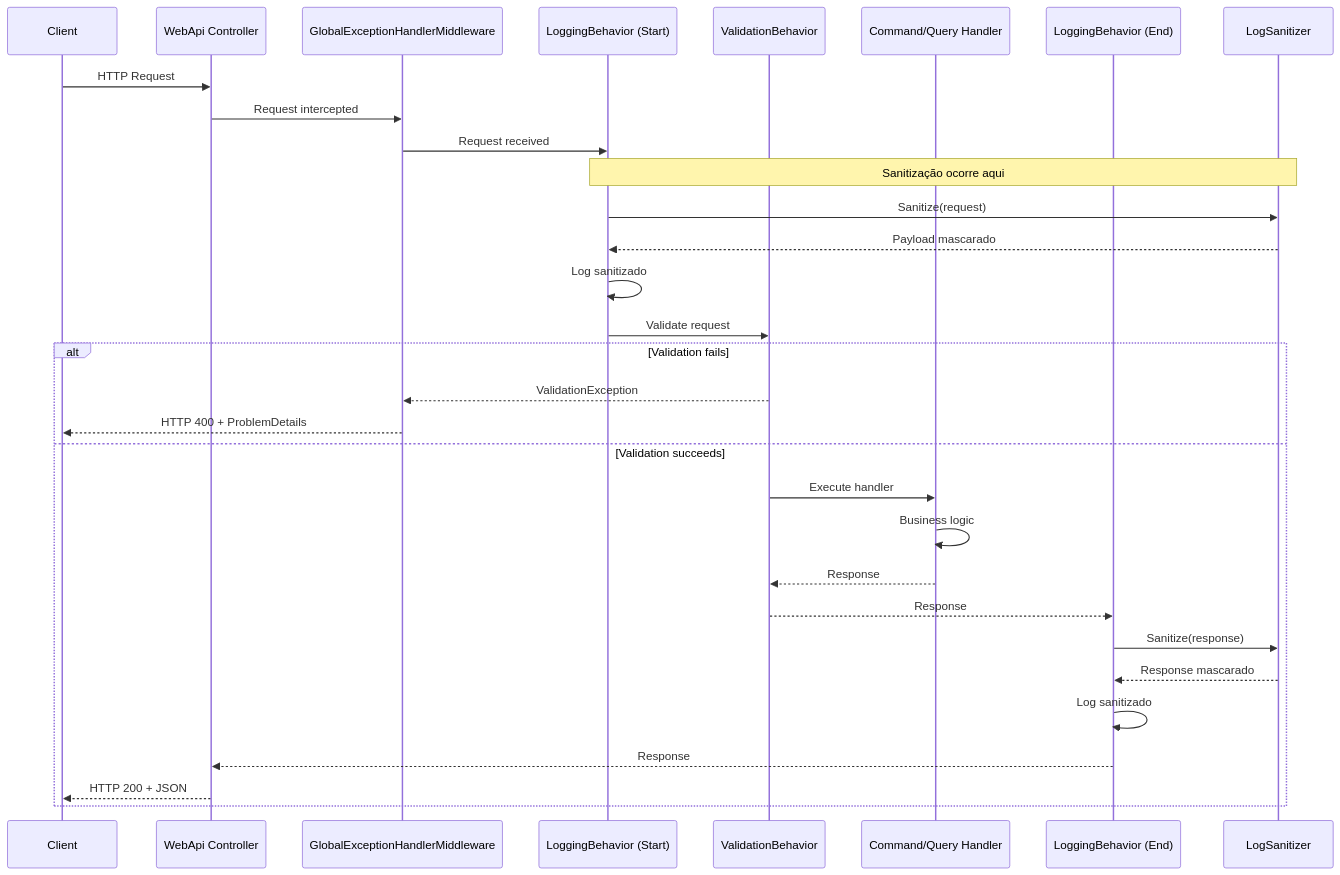
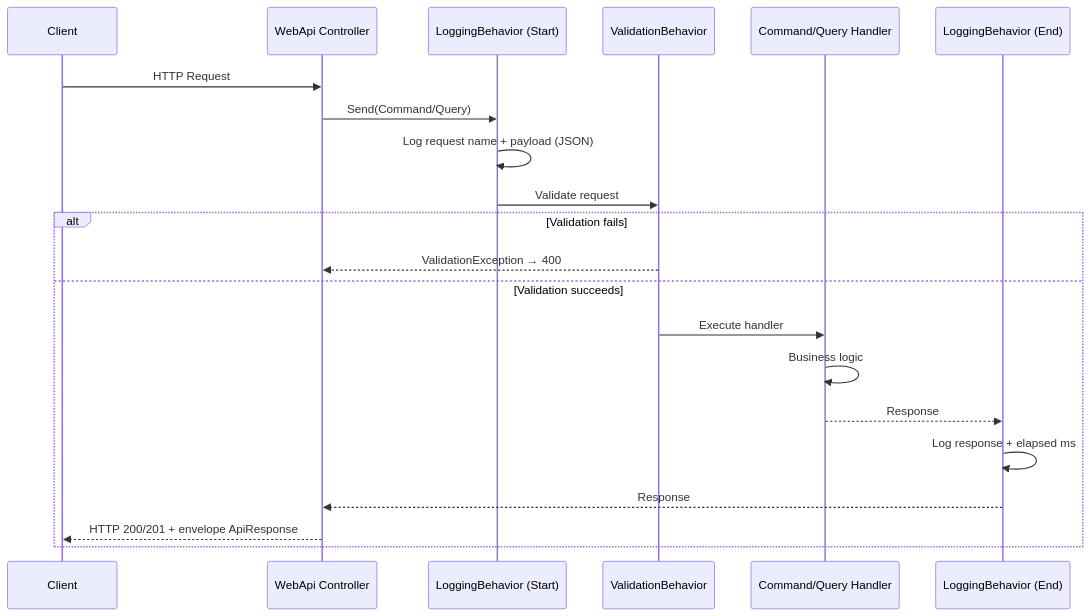
One commit to roberthsx/gestao-pedidos-minerva changed the diagram in Back-end/docs/LOGGING_STRATEGY.md. Above: the diagram before and after it, drawn with Mermaid. The commit also changed other lines of this file and 2930 other files, not shown here.

````diff
--- a/Back-end/docs/LOGGING_STRATEGY.md
+++ b/Back-end/docs/LOGGING_STRATEGY.md
@@ -45,38 +36,24 @@
 ```mermaid
 sequenceDiagram
     participant Client
     participant API as WebApi Controller
-    participant Middleware as GlobalExceptionHandlerMiddleware
     participant LoggingStart as LoggingBehavior (Start)
     participant Validation as ValidationBehavior
     participant Handler as Command/Query Handler
     participant LoggingEnd as LoggingBehavior (End)
-    participant Sanitizer as LogSanitizer
 
     Client->>API: HTTP Request
-    API->>Middleware: Request intercepted
-    Middleware->>LoggingStart: Request received
-    
-    Note over LoggingStart,Sanitizer: Sanitização ocorre aqui
-    LoggingStart->>Sanitizer: Sanitize(request)
-    Sanitizer-->>LoggingStart: Payload mascarado
-    LoggingStart->>LoggingStart: Log sanitizado
-    
+    API->>LoggingStart: Send(Command/Query)
+    LoggingStart->>LoggingStart: Log request name + payload (JSON)
     LoggingStart->>Validation: Validate request
     alt Validation fails
-        Validation-->>Middleware: ValidationException
-        Middleware-->>Client: HTTP 400 + ProblemDetails
+        Validation-->>API: ValidationException → 400
     else Validation succeeds
         Validation->>Handler: Execute handler
         Handler->>Handler: Business logic
-        Handler-->>Validation: Response
-        Validation-->>LoggingEnd: Response
-        
-        LoggingEnd->>Sanitizer: Sanitize(response)
-        Sanitizer-->>LoggingEnd: Response mascarado
-        LoggingEnd->>LoggingEnd: Log sanitizado
-        
+        Handler-->>LoggingEnd: Response
+        LoggingEnd->>LoggingEnd: Log response + elapsed ms
         LoggingEnd-->>API: Response
-        API-->>Client: HTTP 200 + JSON
+        API-->>Client: HTTP 200/201 + envelope ApiResponse
     end
 ```
````
